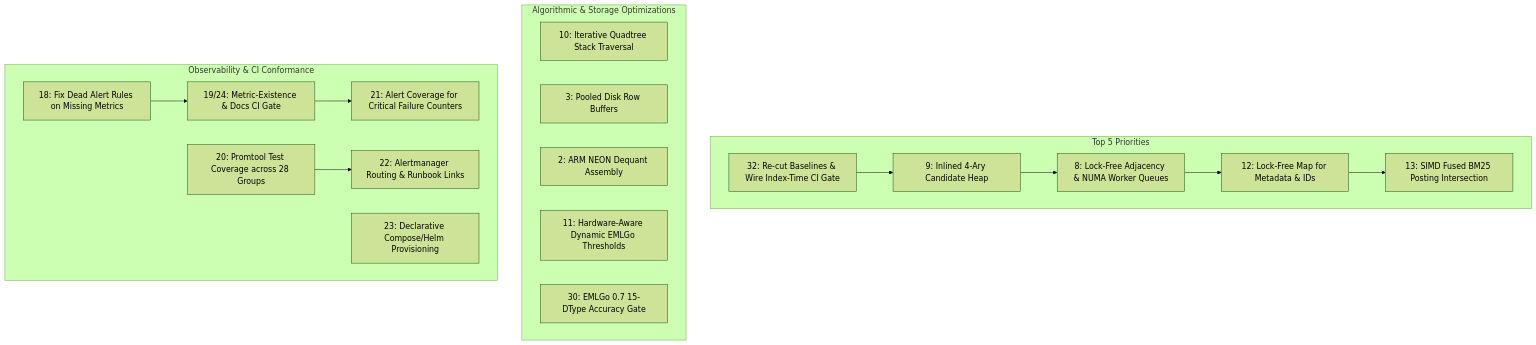
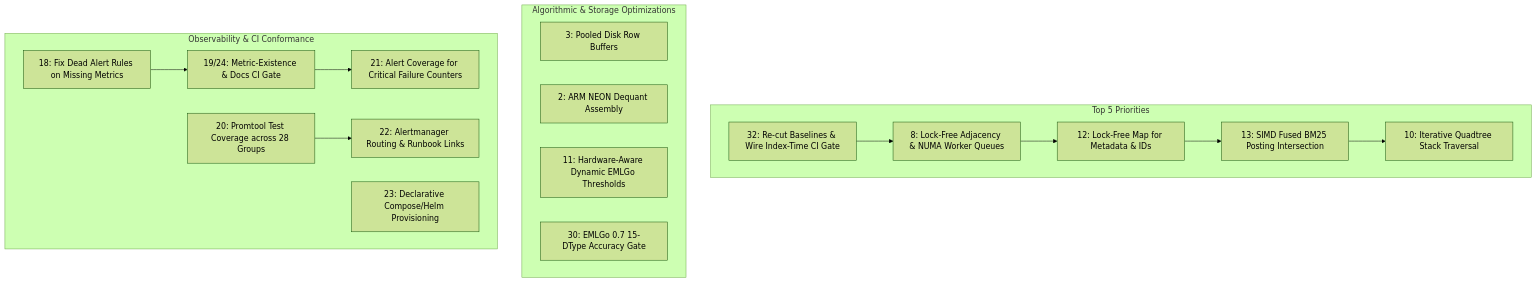
One commit to 23skdu/longbow changed the diagram in docs/roadmap.md. Above: the diagram before and after it, drawn with Mermaid (forest theme). The commit also changed other lines of this file and 7 other files, not shown here.

First line of the commit message:
perf(index): optimize 4-ary candidate heap & branchless struct swapping (Item 9)

````diff
--- a/docs/roadmap.md
+++ b/docs/roadmap.md
@@ -18,33 +18,32 @@
 ```mermaid
 graph TD
     subgraph P1["Top 5 Priorities"]
         I32["32: Re-cut Baselines & Wire Index-Time CI Gate"]
-        I9["9: Inlined 4-Ary Candidate Heap"]
         I8["8: Lock-Free Adjacency & NUMA Worker Queues"]
         I12["12: Lock-Free Map for Metadata & IDs"]
         I13["13: SIMD Fused BM25 Posting Intersection"]
+        I10["10: Iterative Quadtree Stack Traversal"]
     end
     subgraph P2["Algorithmic & Storage Optimizations"]
-        I10["10: Iterative Quadtree Stack Traversal"]
         I3["3: Pooled Disk Row Buffers"]
         I2["2: ARM NEON Dequant Assembly"]
         I11["11: Hardware-Aware Dynamic EMLGo Thresholds"]
         I30["30: EMLGo 0.7 15-DType Accuracy Gate"]
     end
     subgraph P3["Observability & CI Conformance"]
         I18["18: Fix Dead Alert Rules on Missing Metrics"]
         I19["19/24: Metric-Existence & Docs CI Gate"]
         I21["21: Alert Coverage for Critical Failure Counters"]
         I20["20: Promtool Test Coverage across 28 Groups"]
         I22["22: Alertmanager Routing & Runbook Links"]
         I23["23: Declarative Compose/Helm Provisioning"]
     end
 
-    I32 --> I9
-    I9 --> I8
+    I32 --> I8
     I8 --> I12
     I12 --> I13
+    I13 --> I10
     I18 --> I19
     I19 --> I21
     I20 --> I22
 ```
````
